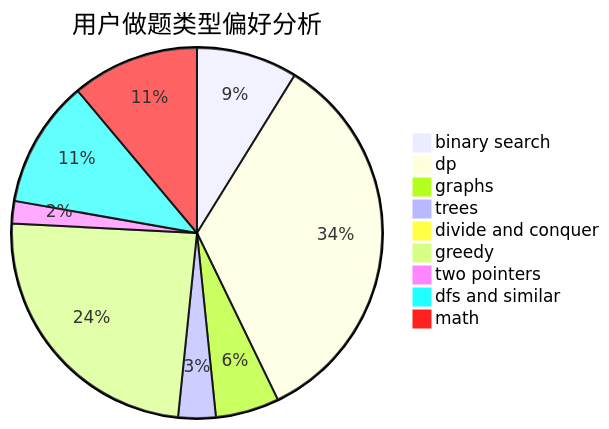
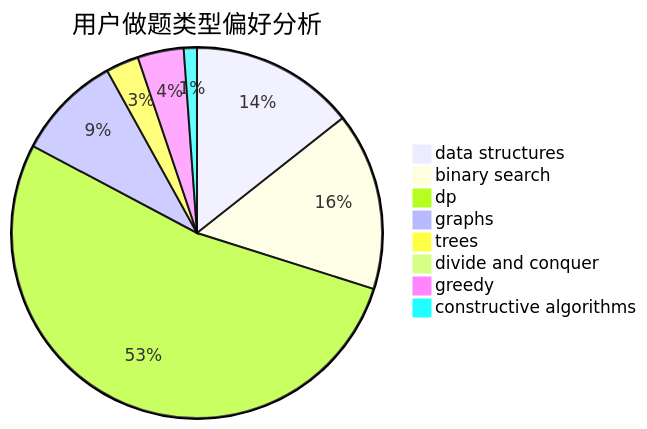
Before and after one commit to sherpahu/cfrs.github.io: the second of 3 diagrams in docs/user/u285.md, drawn with Mermaid. The commit also changed other lines of this file and 2775 other files, not shown here.

````diff
--- a/docs/user/u285.md
+++ b/docs/user/u285.md
@@ -23,12 +23,11 @@
 ```mermaid
 pie title 用户做题类型偏好分析
+    "data structures" :  25
     "binary search" :  27
-    "dp" :  104
-    "graphs" :  17
-    "trees" :  10
-    "divide and conquer" :  2
-    "greedy" :  74
-    "two pointers" :  6
-    "dfs and similar" :  34
-    "math" :  34
+    "dp" :  92
+    "graphs" :  16
+    "trees" :  5
+    "divide and conquer" :  0
+    "greedy" :  7
+    "constructive algorithms" :  2
 ```
````
